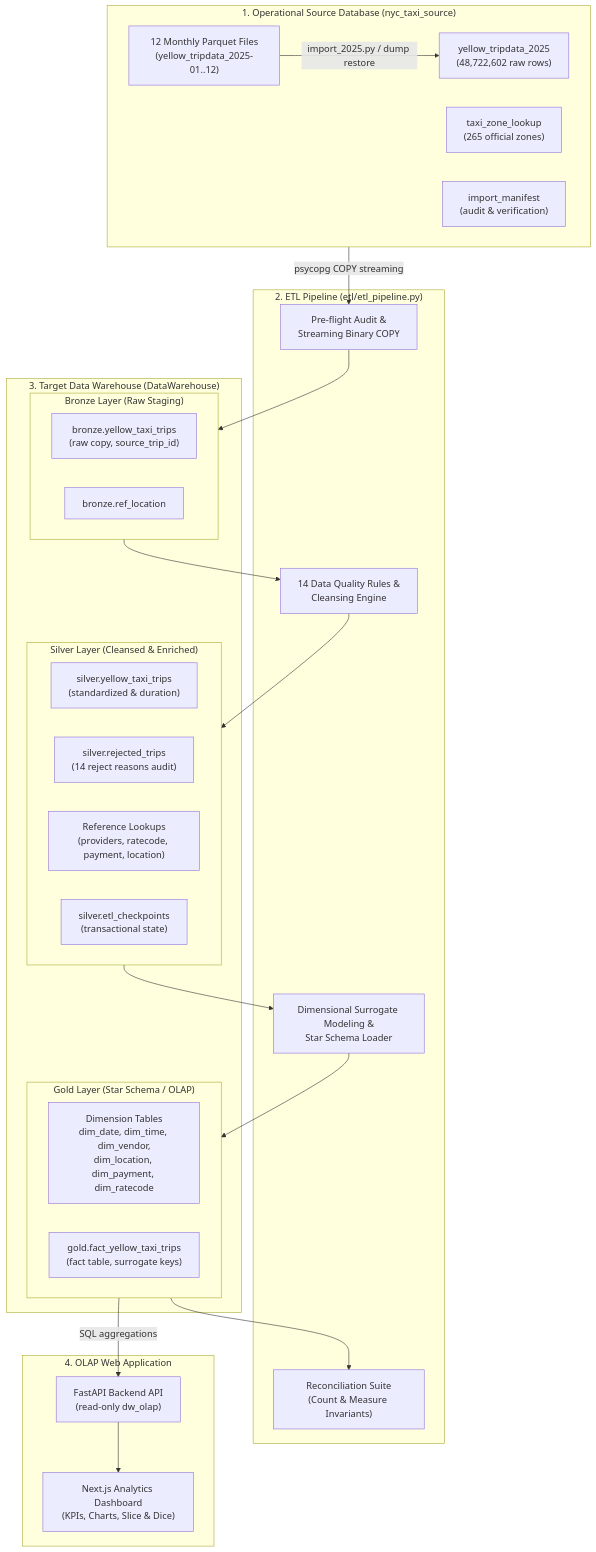
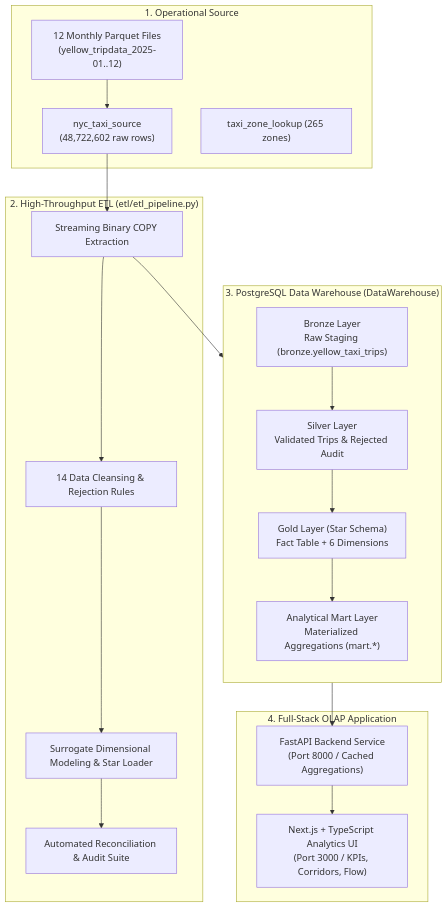
One commit to jiancpp/stadvdb-mco1 changed the diagram in README.md. Above: the diagram before and after it, drawn with Mermaid. The commit also changed other lines of this file, not shown here.

````diff
--- a/README.md
+++ b/README.md
@@ -13,45 +9,35 @@
 ```mermaid
 flowchart TD
-    subgraph SOURCEDB["1. Operational Source Database (nyc_taxi_source)"]
-        SRC_PARQUET["12 Monthly Parquet Files<br/>(yellow_tripdata_2025-01..12)"]
-        SRC_TRIPS["yellow_tripdata_2025<br/>(48,722,602 raw rows)"]
-        SRC_ZONES["taxi_zone_lookup<br/>(265 official zones)"]
-        SRC_MANIFEST["import_manifest<br/>(audit & verification)"]
-        SRC_PARQUET -->|import_2025.py / dump restore| SRC_TRIPS
+    subgraph SRC["1. Operational Source"]
+        PQT["12 Monthly Parquet Files<br/>(yellow_tripdata_2025-01..12)"]
+        SDB["nyc_taxi_source<br/>(48,722,602 raw rows)"]
+        ZONES["taxi_zone_lookup (265 zones)"]
+        PQT --> SDB
     end
 
-    subgraph ETL["2. ETL Pipeline (etl/etl_pipeline.py)"]
-        EXTRACT["Pre-flight Audit &<br/>Streaming Binary COPY"]
-        TRANSFORM["14 Data Quality Rules &<br/>Cleansing Engine"]
-        DIM_LOAD["Dimensional Surrogate Modeling &<br/>Star Schema Loader"]
-        RECON["Reconciliation Suite<br/>(Count & Measure Invariants)"]
+    subgraph ETL["2. High-Throughput ETL (etl/etl_pipeline.py)"]
+        EX["Streaming Binary COPY Extraction"]
+        TR["14 Data Cleansing & Rejection Rules"]
+        LD["Surrogate Dimensional Modeling & Star Loader"]
+        RC["Automated Reconciliation & Audit Suite"]
+        EX --> TR --> LD --> RC
     end
 
-    subgraph DWH["3. Target Data Warehouse (DataWarehouse)"]
-        subgraph BRONZE["Bronze Layer (Raw Staging)"]
-            BRZ_TRIPS["bronze.yellow_taxi_trips<br/>(raw copy, source_trip_id)"]
-            BRZ_LOC["bronze.ref_location"]
-        end
-        subgraph SILVER["Silver Layer (Cleansed & Enriched)"]
-            SLV_TRIPS["silver.yellow_taxi_trips<br/>(standardized & duration)"]
-            SLV_REJ["silver.rejected_trips<br/>(14 reject reasons audit)"]
-            SLV_REFS["Reference Lookups<br/>(providers, ratecode, payment, location)"]
-            SLV_CHK["silver.etl_checkpoints<br/>(transactional state)"]
-        end
-        subgraph GOLD["Gold Layer (Star Schema / OLAP)"]
-            GOLD_DIMS["Dimension Tables<br/>dim_date, dim_time, dim_vendor,<br/>dim_location, dim_payment, dim_ratecode"]
-            GOLD_FACT["gold.fact_yellow_taxi_trips<br/>(fact table, surrogate keys)"]
-        end
+    subgraph WH["3. PostgreSQL Data Warehouse (DataWarehouse)"]
+        direction TB
+        BRZ["Bronze Layer<br/>Raw Staging (bronze.yellow_taxi_trips)"]
+        SLV["Silver Layer<br/>Validated Trips & Rejected Audit"]
+        GLD["Gold Layer (Star Schema)<br/>Fact Table + 6 Dimensions"]
+        MRT["Analytical Mart Layer<br/>Materialized Aggregations (mart.*)"]
+        BRZ --> SLV --> GLD --> MRT
     end
 
-    subgraph APP["4. OLAP Web Application"]
-        BACKEND["FastAPI Backend API<br/>(read-only dw_olap)"]
-        FRONTEND["Next.js Analytics Dashboard<br/>(KPIs, Charts, Slice & Dice)"]
+    subgraph APP["4. Full-Stack OLAP Application"]
+        API["FastAPI Backend Service<br/>(Port 8000 / Cached Aggregations)"]
+        DASH["Next.js + TypeScript Analytics UI<br/>(Port 3000 / KPIs, Corridors, Flow)"]
+        MRT --> API --> DASH
     end
 
-    SOURCEDB -->|psycopg COPY streaming| EXTRACT --> BRONZE
-    BRONZE --> TRANSFORM --> SILVER
-    SILVER --> DIM_LOAD --> GOLD
-    GOLD --> RECON
-    GOLD -->|SQL aggregations| BACKEND --> FRONTEND
+    SDB --> EX
+    EX --> BRZ
 ```
````
